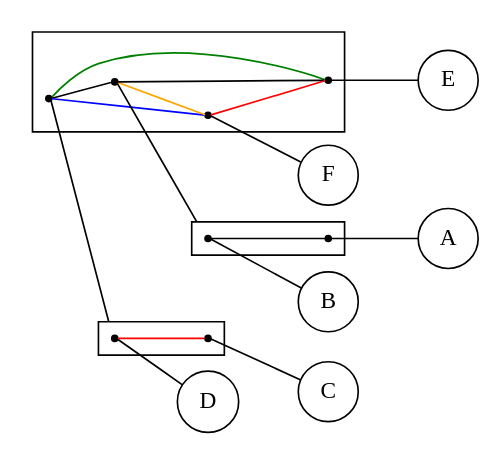
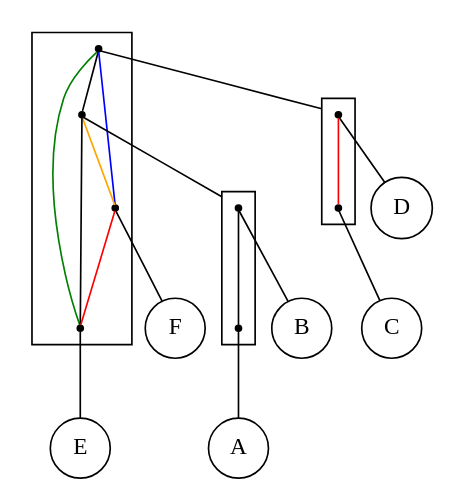
Before and after one commit to lrodrin/TFG: the diagram in src/final/Structure2.dot, drawn with Graphviz. The commit also changed 7 other files, not shown here.

```diff
--- a/src/final/Structure2.dot
+++ b/src/final/Structure2.dot
@@ -1,41 +1,40 @@
 digraph Structure2 {
 compound=true;
 fontname=Verdana;
 fontsize=12;
-rankdir=LR;
 node [shape=circle];
+F;
+E;
+B;
 A;
-B;
+D;
 C;
-D;
-E;
-F;
-subgraph cluster_DC {
+subgraph cluster_EBAFDC {
 node [shape=point];
-s_D -> s_C  [arrowhead=none, color=red];
+s_DC -> s_BA  [color=black, arrowhead=none];
+s_DC -> s_F  [color=blue, arrowhead=none];
+s_DC -> s_E  [color=green, arrowhead=none];
+s_BA -> s_F  [color=orange, arrowhead=none];
+s_BA -> s_E  [color=black, arrowhead=none];
+s_F -> s_E  [color=red, arrowhead=none];
 }
 
 subgraph cluster_BA {
 node [shape=point];
-s_B -> s_A  [arrowhead=none, color=black];
+s_B -> s_A  [color=black, arrowhead=none];
 }
 
-subgraph cluster_BCEDFA {
+subgraph cluster_DC {
 node [shape=point];
-s_DC -> s_BA  [arrowhead=none, color=black];
-s_DC -> s_F  [arrowhead=none, color=blue];
-s_DC -> s_E  [arrowhead=none, color=green];
-s_BA -> s_F  [arrowhead=none, color=orange];
-s_BA -> s_E  [arrowhead=none, color=black];
-s_F -> s_E  [arrowhead=none, color=red];
+s_D -> s_C  [color=red, arrowhead=none];
 }
 
+s_DC -> s_D  [lhead=cluster_DC, arrowhead=none];
+s_BA -> s_B  [lhead=cluster_BA, arrowhead=none];
+s_F -> F  [arrowhead=none];
+s_E -> E  [arrowhead=none];
+s_B -> B  [arrowhead=none];
 s_A -> A  [arrowhead=none];
-s_B -> B  [arrowhead=none];
+s_D -> D  [arrowhead=none];
 s_C -> C  [arrowhead=none];
-s_D -> D  [arrowhead=none];
-s_E -> E  [arrowhead=none];
-s_F -> F  [arrowhead=none];
-s_BA -> s_B  [arrowhead=none, lhead=cluster_BA];
-s_DC -> s_D  [arrowhead=none, lhead=cluster_DC];
 }
```
